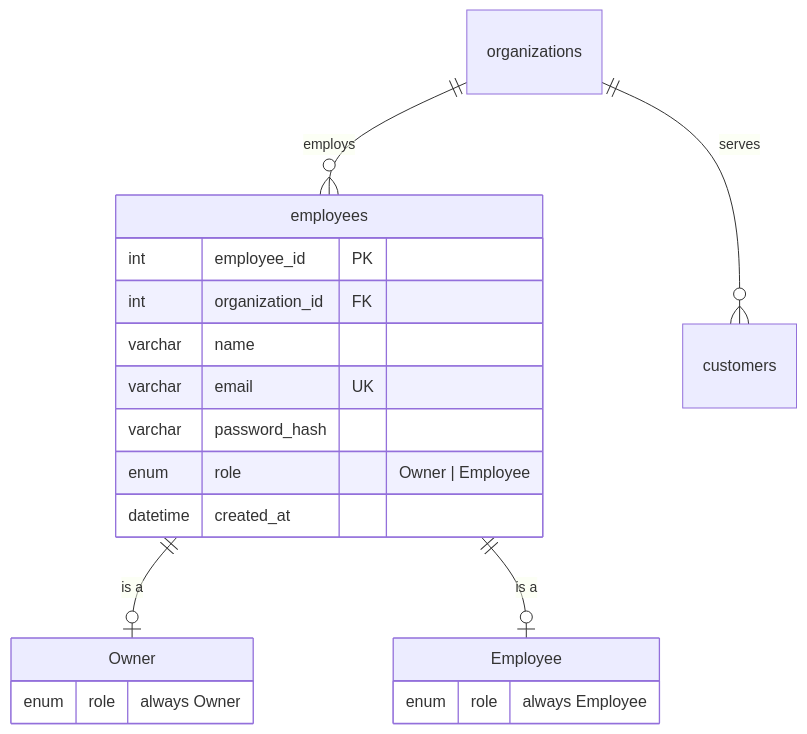
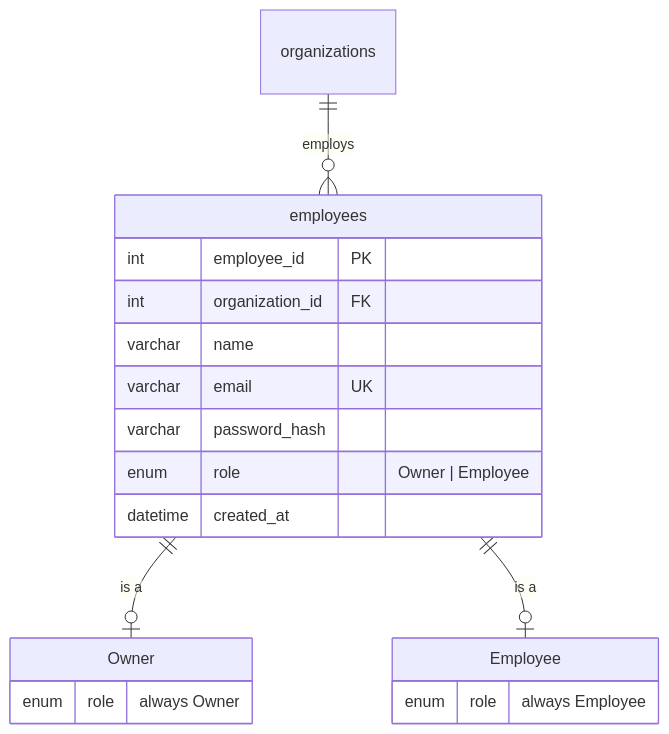
Before and after one commit to AlphaBeast97/DBMS-Flutter-Porject: the second of 4 diagrams in database/DATABASE_DOCUMENTATION.md, drawn with Mermaid. The commit also changed other lines of this file and 41 other files, not shown here.

````diff
--- a/database/DATABASE_DOCUMENTATION.md
+++ b/database/DATABASE_DOCUMENTATION.md
@@ -127,26 +178,25 @@
 ```mermaid
 erDiagram
     organizations ||--o{ employees : employs
-    organizations ||--o{ customers : serves
     employees {
         int employee_id PK
         int organization_id FK
         varchar name
         varchar email UK
         varchar password_hash
         enum role "Owner | Employee"
         datetime created_at
     }
 
     %% Disjoint specialization via role discriminator
     employees ||--o| Owner : "is a"
     employees ||--o| Employee : "is a"
 
     Owner {
         enum role "always Owner"
     }
 
     Employee {
         enum role "always Employee"
     }
 ```
````
